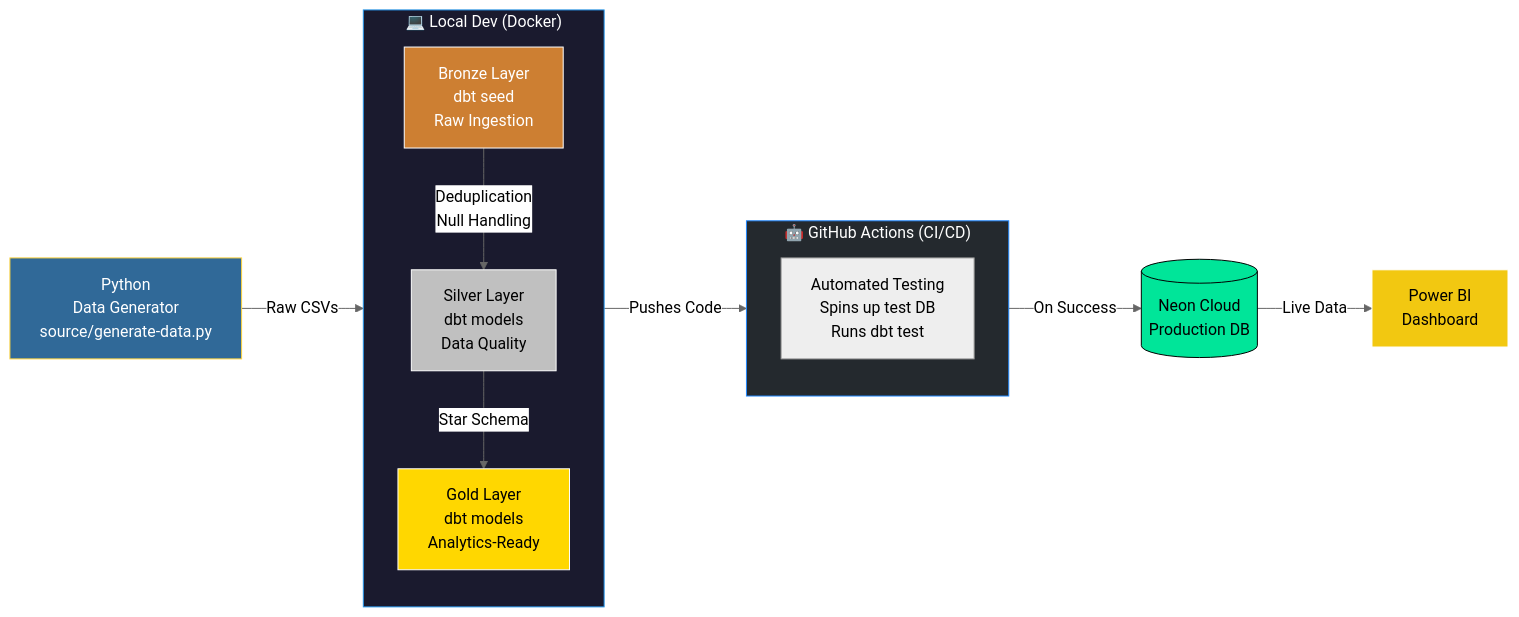
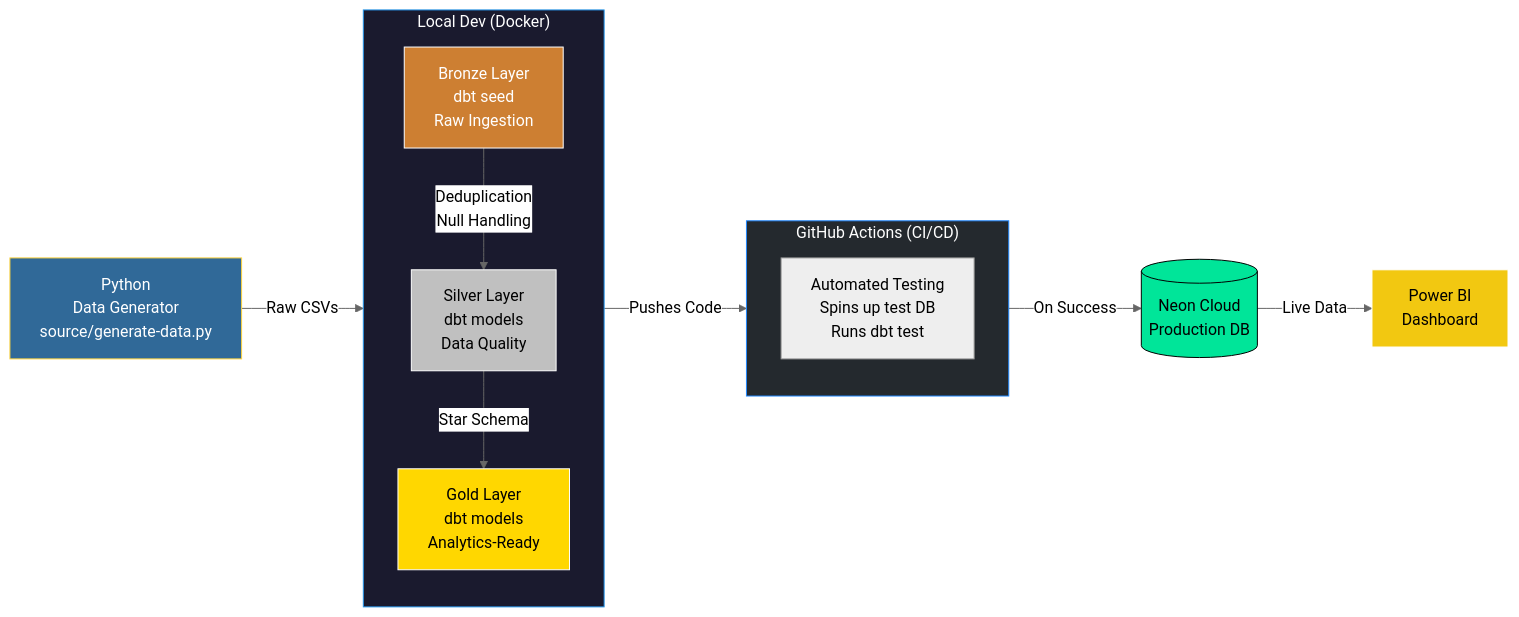
The diagram in README.md (AtharvaKesare/E-Commerce-Analytics-Pipeline-Dashboard), drawn with Mermaid (neutral theme) before and after one commit. The commit also changed other lines of this file, not shown here.

````diff
--- a/README.md
+++ b/README.md
@@ -17,31 +17,31 @@
 ```mermaid
 flowchart LR
     A[ Python\nData Generator\nsource/generate-data.py] -->|Raw CSVs| B
 
-    subgraph GitHub["🤖 GitHub Actions (CI/CD)"]
+    subgraph GitHub[" GitHub Actions (CI/CD)"]
         direction TB
         TEST[Automated Testing\nSpins up test DB\nRuns dbt test]
     end
 
-    subgraph Docker["💻 Local Dev (Docker)"]
+    subgraph Docker[" Local Dev (Docker)"]
         direction TB
         B[ Bronze Layer\ndbt seed\nRaw Ingestion]
         B -->|Deduplication\nNull Handling| C[ Silver Layer\ndbt models\nData Quality]
         C -->|Star Schema| D[ Gold Layer\ndbt models\nAnalytics-Ready]
     end
     
     Docker -->|Pushes Code| GitHub
     GitHub -->|On Success| E
 
     E[( Neon Cloud\nProduction DB)]
     E -->|Live Data| F[ Power BI\nDashboard]
 
     style Docker fill:#1a1a2e,stroke:#2496ED,color:#fff
     style GitHub fill:#24292e,stroke:#2088FF,color:#fff
     style A fill:#306998,stroke:#FFD43B,color:#fff
     style B fill:#cd7f32,stroke:#fff,color:#fff
     style C fill:#C0C0C0,stroke:#fff,color:#000
     style D fill:#FFD700,stroke:#fff,color:#000
     style E fill:#00e599,stroke:#000,color:#000
     style F fill:#F2C811,stroke:#fff,color:#000
 ```
````
